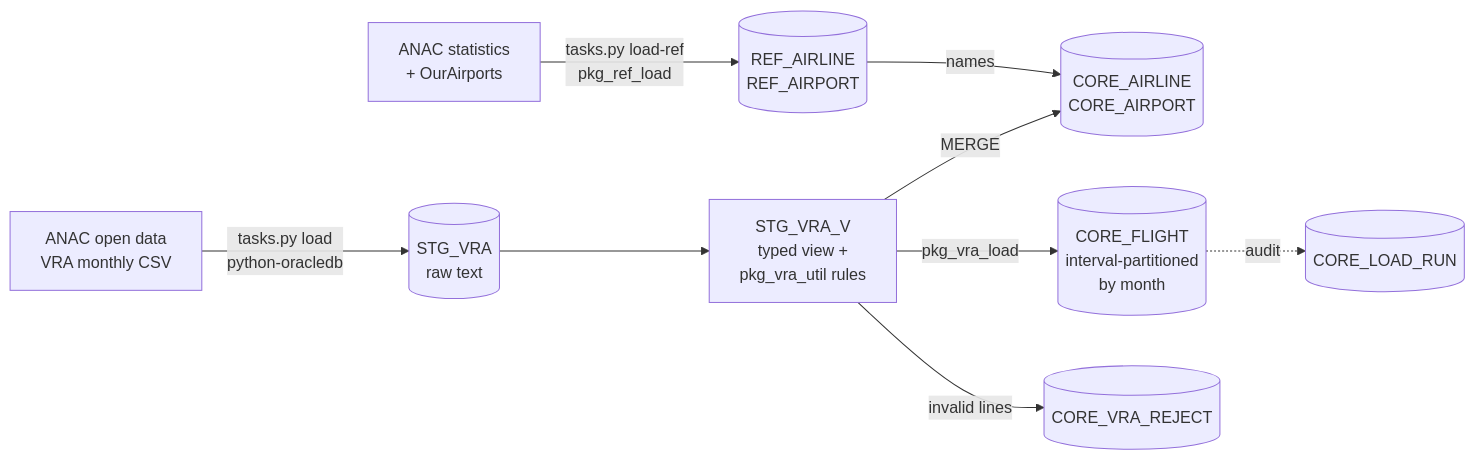
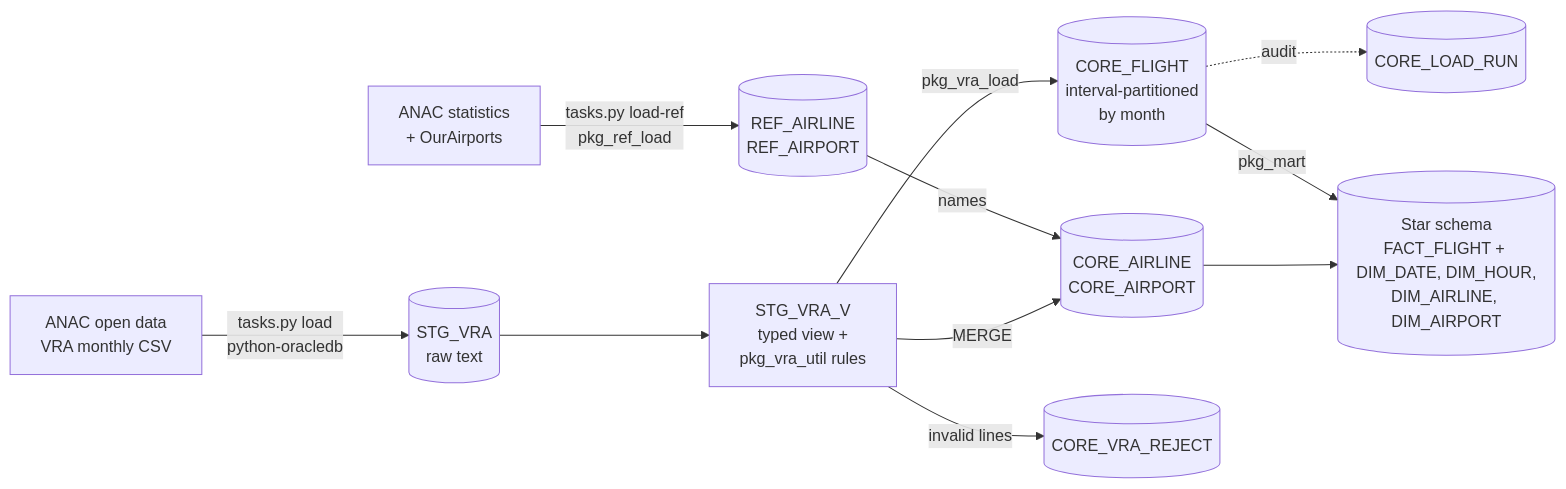
One commit to Jano-Projects/aviation-otp-observatory changed the diagram in README.md. Above: the diagram before and after it, drawn with Mermaid. The commit also changed other lines of this file and 15 other files, not shown here.

Commit message:
feat: star schema with fact and dimension tables (phase 2.2)

````diff
--- a/README.md
+++ b/README.md
@@ -34,11 +34,13 @@
 ```mermaid
 flowchart LR
     R[ANAC statistics<br/>+ OurAirports] -->|tasks.py load-ref<br/>pkg_ref_load| RF[(REF_AIRLINE<br/>REF_AIRPORT)]
     RF -->|names| E
     A[ANAC open data<br/>VRA monthly CSV] -->|tasks.py load<br/>python-oracledb| B[(STG_VRA<br/>raw text)]
     B --> C[STG_VRA_V<br/>typed view +<br/>pkg_vra_util rules]
     C -->|pkg_vra_load| D[(CORE_FLIGHT<br/>interval-partitioned<br/>by month)]
     C -->|MERGE| E[(CORE_AIRLINE<br/>CORE_AIRPORT)]
     C -->|invalid lines| F[(CORE_VRA_REJECT)]
     D -.audit.-> G[(CORE_LOAD_RUN)]
+    D -->|pkg_mart| M[(Star schema<br/>FACT_FLIGHT + DIM_DATE, DIM_HOUR,<br/>DIM_AIRLINE, DIM_AIRPORT)]
+    E --> M
 ```
````
